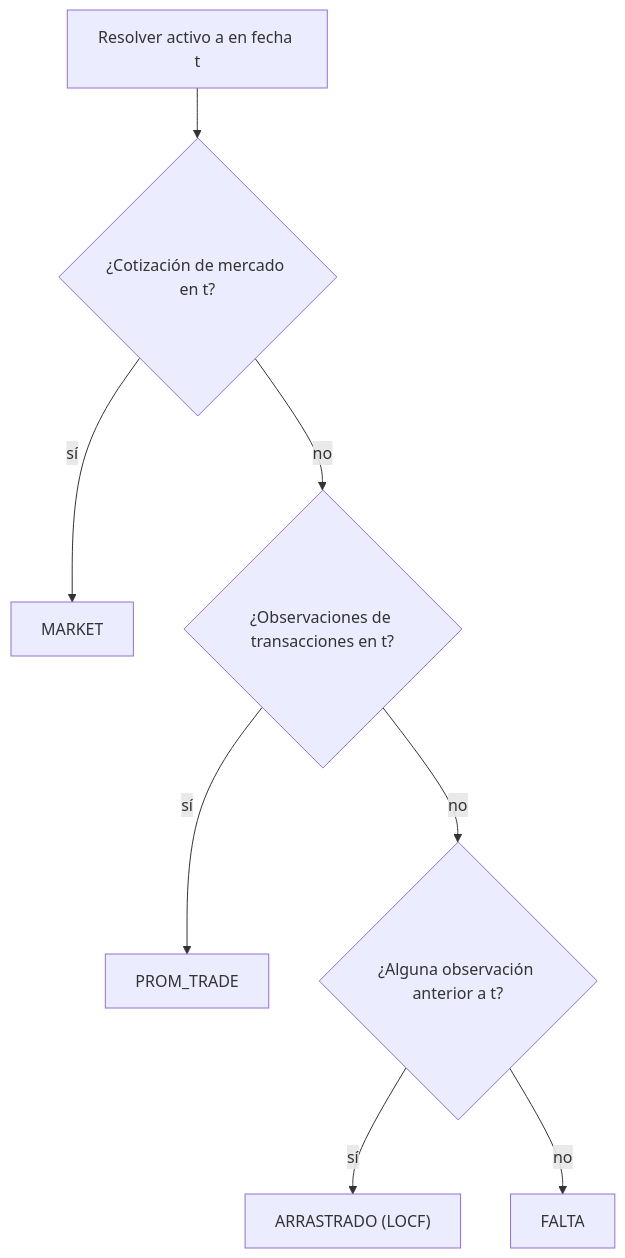
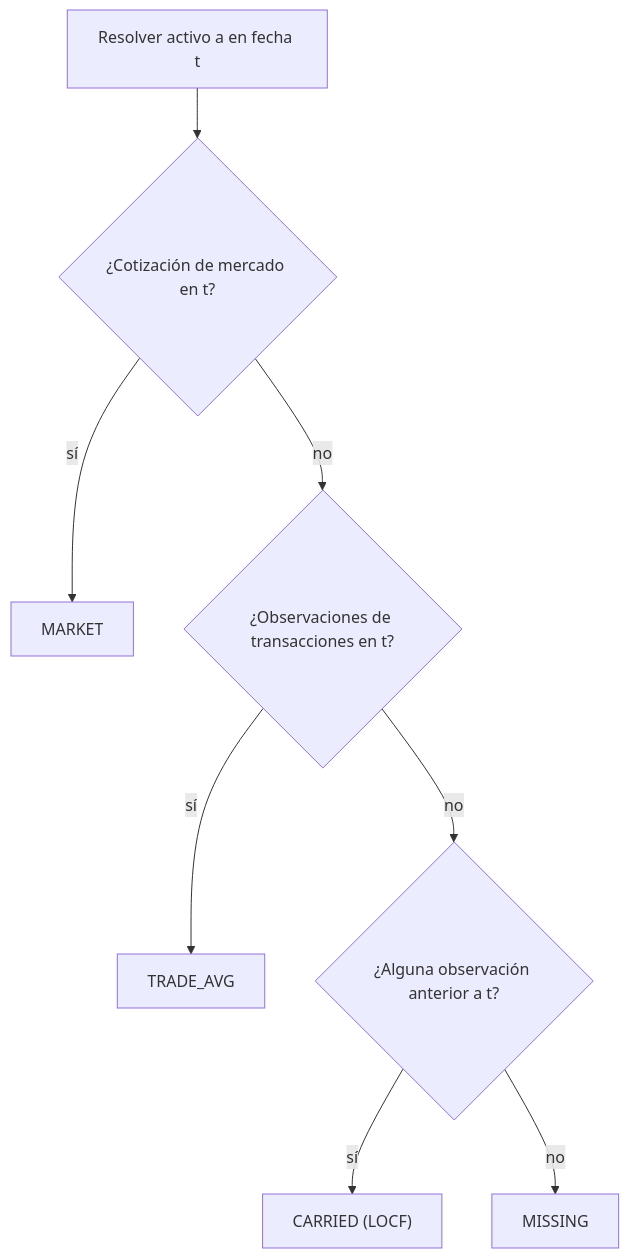
One commit to Librefolio/LibreFolio changed the diagram in mkdocs_src/docs/financial-theory/technical-analysis/performance-metrics/portfolio-engine/price-resolution.es.md. Above: the diagram before and after it, drawn with Mermaid. The commit also changed other lines of this file and 430 other files, not shown here.

````diff
--- a/mkdocs_src/docs/financial-theory/technical-analysis/performance-metrics/portfolio-engine/price-resolution.es.md
+++ b/mkdocs_src/docs/financial-theory/technical-analysis/performance-metrics/portfolio-engine/price-resolution.es.md
@@ -30,10 +30,10 @@
 ```mermaid
 flowchart TD
     A["Resolver activo a en fecha t"] --> B{"¿Cotización de mercado en t?"}
     B -- "sí" --> C["MARKET"]
     B -- "no" --> D{"¿Observaciones de transacciones en t?"}
-    D -- "sí" --> E["PROM_TRADE"]
+    D -- "sí" --> E["TRADE_AVG"]
     D -- "no" --> F{"¿Alguna observación anterior a t?"}
-    F -- "sí" --> G["ARRASTRADO (LOCF)"]
-    F -- "no" --> H["FALTA"]
+    F -- "sí" --> G["CARRIED (LOCF)"]
+    F -- "no" --> H["MISSING"]
 ```
````
